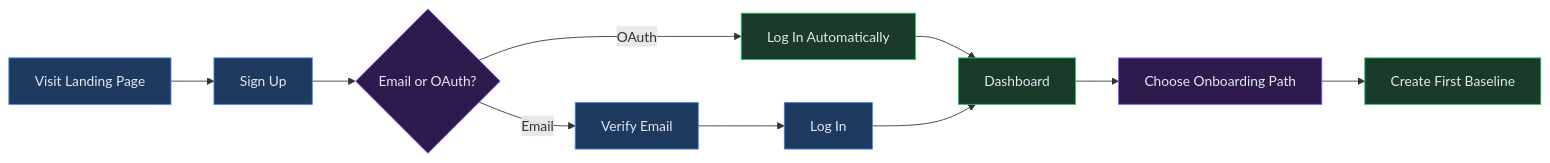
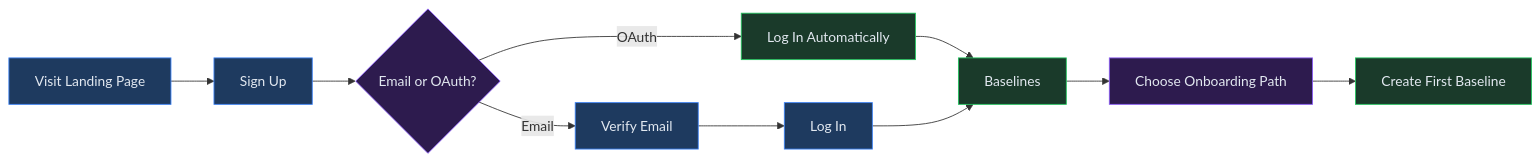
Before and after one commit to gregdigittal/virtual_analyst: the first of 2 diagrams in docs/user-manual/01-getting-started.md, drawn with Mermaid. The commit also changed 1 other file, not shown here.

Commit message:
fix(test): update ch01 login redirect to /baselines, fix mermaid diagram

````diff
--- a/docs/user-manual/01-getting-started.md
+++ b/docs/user-manual/01-getting-started.md
@@ -15,22 +15,22 @@
 ```mermaid
 flowchart LR
     A[Visit Landing Page] --> B[Sign Up]
     B --> C{Email or OAuth?}
     C -->|Email| D[Verify Email]
     C -->|OAuth| E[Log In Automatically]
     D --> F[Log In]
-    E --> G[Dashboard]
+    E --> G[Baselines]
     F --> G
     G --> H[Choose Onboarding Path]
     H --> I[Create First Baseline]
 
     style A fill:#1e3a5f,stroke:#3b82f6,color:#e2e8f0
     style B fill:#1e3a5f,stroke:#3b82f6,color:#e2e8f0
     style C fill:#2d1b4e,stroke:#8b5cf6,color:#e2e8f0
     style D fill:#1e3a5f,stroke:#3b82f6,color:#e2e8f0
     style E fill:#1a3a2a,stroke:#22c55e,color:#e2e8f0
     style F fill:#1e3a5f,stroke:#3b82f6,color:#e2e8f0
     style G fill:#1a3a2a,stroke:#22c55e,color:#e2e8f0
     style H fill:#2d1b4e,stroke:#8b5cf6,color:#e2e8f0
     style I fill:#1a3a2a,stroke:#22c55e,color:#e2e8f0
 ```
````
